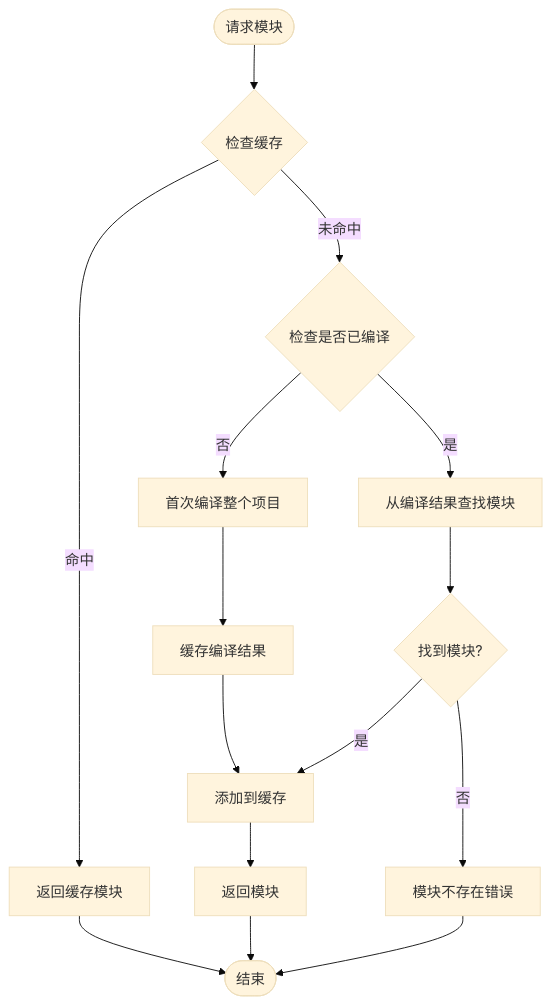
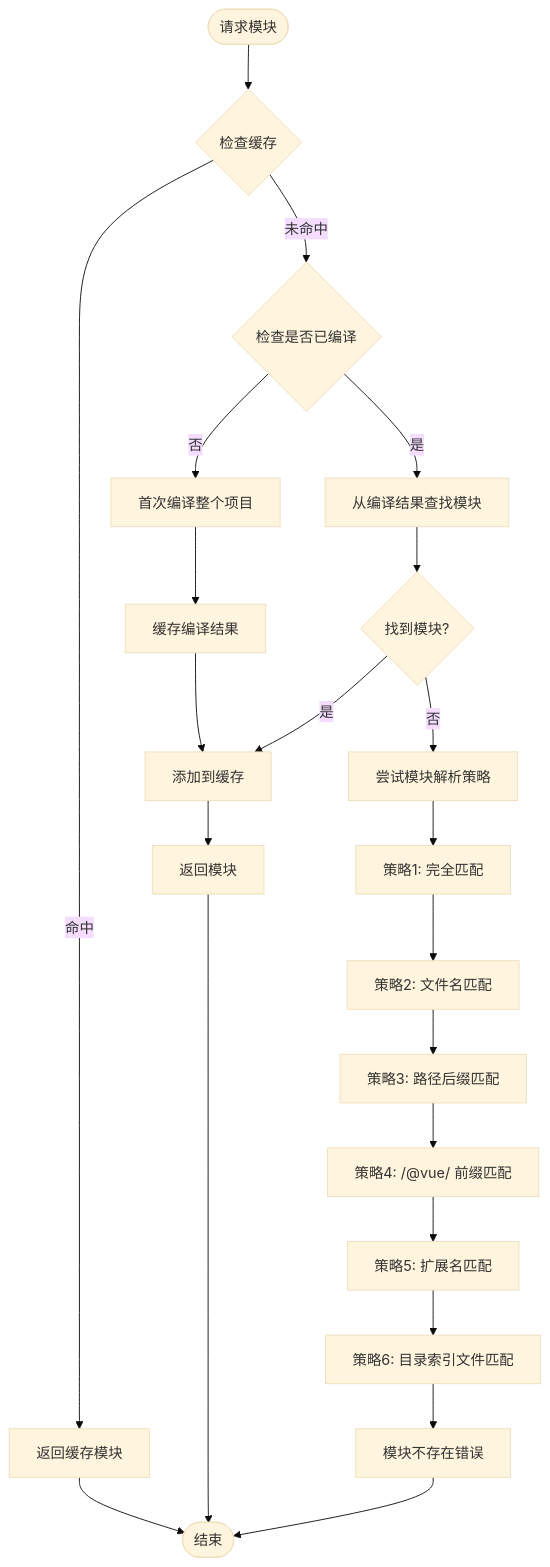
One commit to itszzl-sudo/iris changed the fifth of 18 diagrams in .qoder/repowiki/zh/content/核心功能特性/Iris JetCrab CLI架构文档.md. Above: the diagram before and after it, drawn with Mermaid (base theme). The commit also changed other lines of this file and 63 other files, not shown here.

````diff
--- a/.qoder/repowiki/zh/content/核心功能特性/Iris JetCrab CLI架构文档.md
+++ b/.qoder/repowiki/zh/content/核心功能特性/Iris JetCrab CLI架构文档.md
@@ -219,17 +314,24 @@
 ```mermaid
 flowchart TD
 Start([请求模块]) --> CheckCache{检查缓存}
 CheckCache --> |命中| ReturnCache[返回缓存模块]
 CheckCache --> |未命中| CheckCompiled{检查是否已编译}
 CheckCompiled --> |否| FirstCompile[首次编译整个项目]
 CheckCompiled --> |是| FindModule[从编译结果查找模块]
 FirstCompile --> CacheResult[缓存编译结果]
 FindModule --> Found{找到模块?}
 Found --> |是| CacheModule[添加到缓存]
-Found --> |否| NotFound[模块不存在错误]
+Found --> |否| TryResolution[尝试模块解析策略]
+TryResolution --> Strategy1[策略1: 完全匹配]
+Strategy1 --> Strategy2[策略2: 文件名匹配]
+Strategy2 --> Strategy3[策略3: 路径后缀匹配]
+Strategy3 --> Strategy4[策略4: /@vue/ 前缀匹配]
+Strategy4 --> Strategy5[策略5: 扩展名匹配]
+Strategy5 --> Strategy6[策略6: 目录索引文件匹配]
+Strategy6 --> NotFound[模块不存在错误]
 CacheResult --> CacheModule
 CacheModule --> ReturnModule[返回模块]
 ReturnCache --> End([结束])
 ReturnModule --> End
 NotFound --> End
 ```
````
